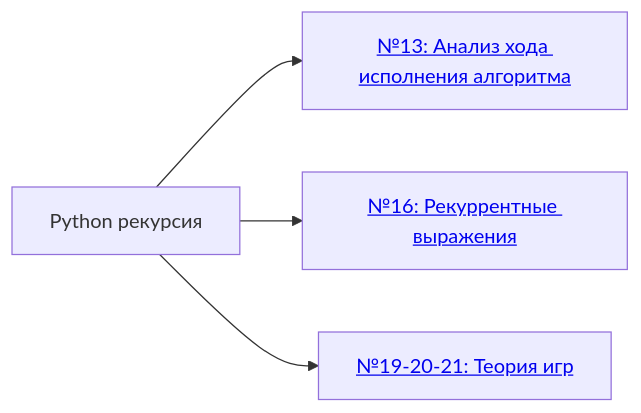
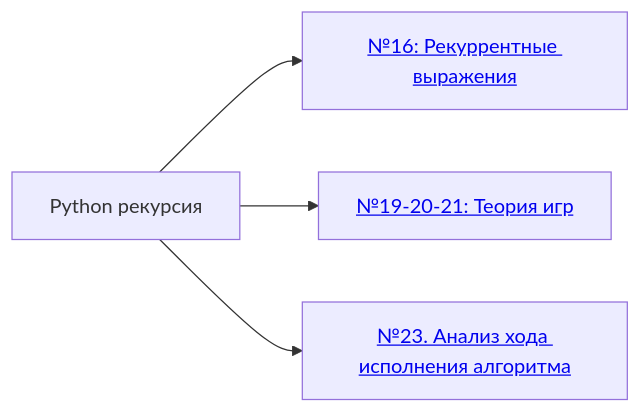
One commit to scharfff/spbpu-inf-course changed the fifth of 6 diagrams in README.md. Above: the diagram before and after it, drawn with Mermaid. The commit also changed other lines of this file and 26 other files, not shown here.

````diff
--- a/README.md
+++ b/README.md
@@ -156,11 +156,11 @@
 ```mermaid
 flowchart LR
   T5["Python рекурсия"]
-  T5 --> T5a["<a href='https://github.com/scharfff/spbpu-inf-course/tree/2027/Задание_13_Исполнитель_графов'>№13: Анализ хода исполнения алгоритма</a>"]
   T5 --> T5b["<a href='https://github.com/scharfff/spbpu-inf-course/tree/2027/Задание_16_Рекуррентные_выражения'>№16: Рекуррентные выражения</a>"]
   T5 --> T5c["<a href='https://github.com/scharfff/spbpu-inf-course/tree/2027/Задание_19_20_21_Теория_игр'>№19-20-21: Теория игр</a>"]
+  T5 --> T5d["<a href='https://github.com/scharfff/spbpu-inf-course/tree/2027/Задание_23_Исполнитель_графов'>№23. Анализ хода исполнения алгоритма</a>"]
 
-  click T5a "https://github.com/scharfff/spbpu-inf-course/tree/2027/Задание_13_Исполнитель_графов"
   click T5b "https://github.com/scharfff/spbpu-inf-course/tree/2027/Задание_16_Рекуррентные_выражения"
   click T5c "https://github.com/scharfff/spbpu-inf-course/tree/2027/Задание_19_20_21_Теория_игр"
+  click T5d "https://github.com/scharfff/spbpu-inf-course/tree/2027/Задание_23_Исполнитель_графов"
 ```
````
